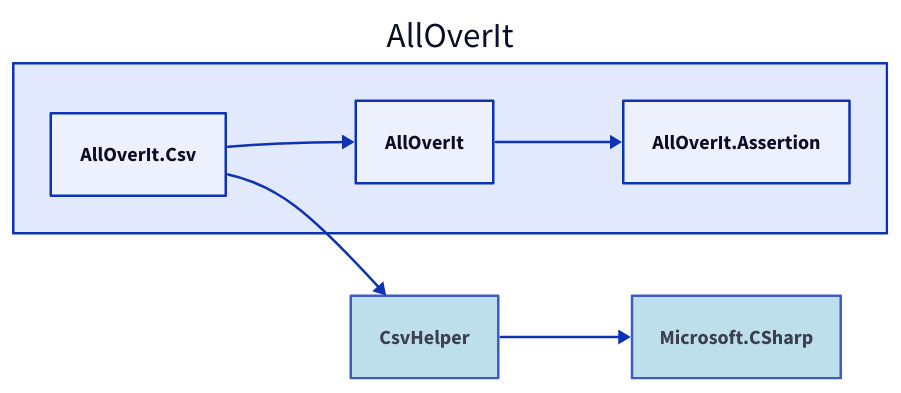
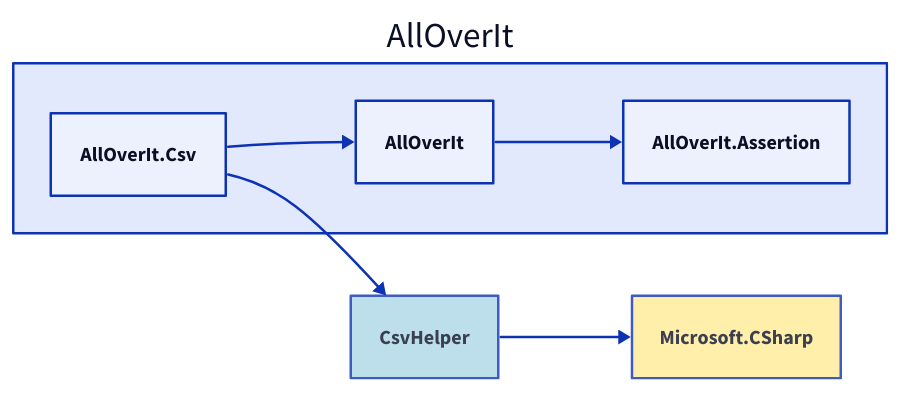
The diagram in Docs/Dependencies/alloverit-csv.d2 (nickathone/AllOverIt), drawn with D2 before and after one commit. The commit also changed 71 other files, not shown here.

Commit message:
Dependency diagram updates

```diff
--- a/Docs/Dependencies/alloverit-csv.d2
+++ b/Docs/Dependencies/alloverit-csv.d2
@@ -1,17 +1,16 @@
 direction: right
 
 aoi: AllOverIt
 aoi.alloverit-csv: AllOverIt.Csv
+csvhelper: CsvHelper
+csvhelper.style.fill: "#ADD8E6"
+csvhelper.style.opacity: 0.8
+microsoft-csharp: Microsoft.CSharp
+microsoft-csharp.style.fill: "#FFEC96"
+microsoft-csharp.style.opacity: 0.8
+microsoft-csharp <- csvhelper
+csvhelper <- aoi.alloverit-csv
 aoi.alloverit: AllOverIt
 aoi.alloverit-assertion: AllOverIt.Assertion
-csvhelper: CsvHelper
-csvhelper.style.fill: lightblue
-csvhelper.style.opacity: 0.8
-microsoft-csharp: Microsoft.CSharp
-microsoft-csharp.style.fill: lightblue
-microsoft-csharp.style.opacity: 0.8
-
+aoi.alloverit-assertion <- aoi.alloverit
 aoi.alloverit <- aoi.alloverit-csv
-aoi.alloverit-assertion <- aoi.alloverit
-csvhelper <- aoi.alloverit-csv
-microsoft-csharp <- csvhelper
```
